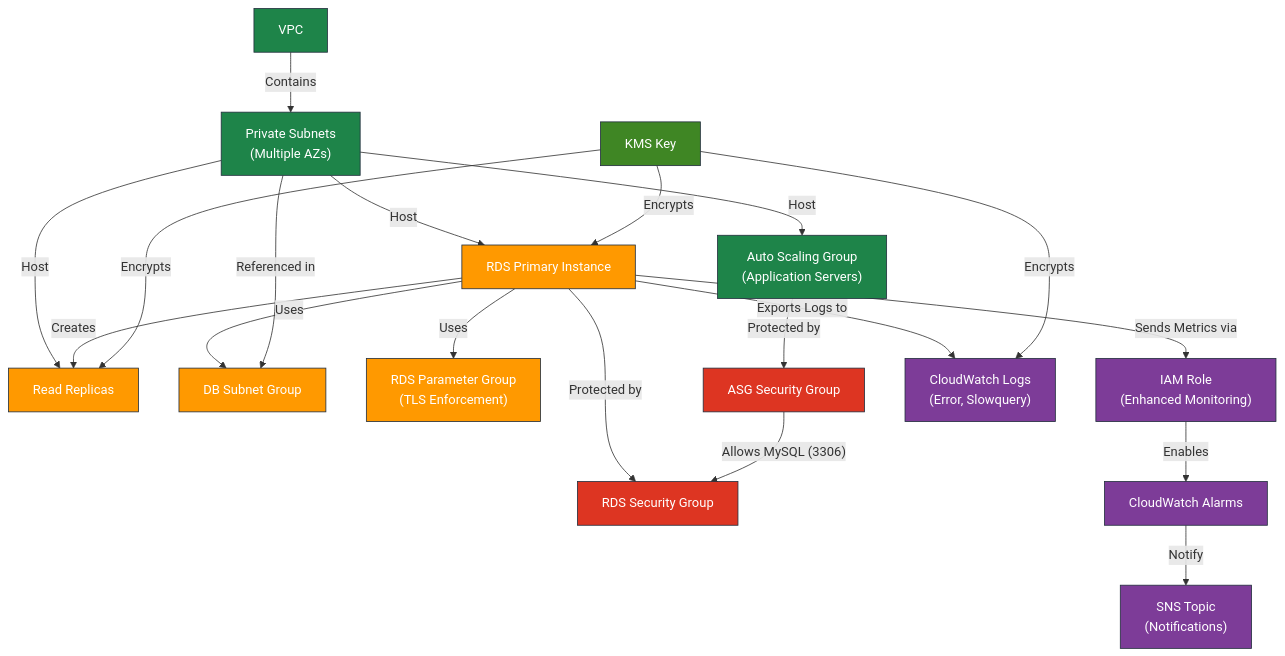
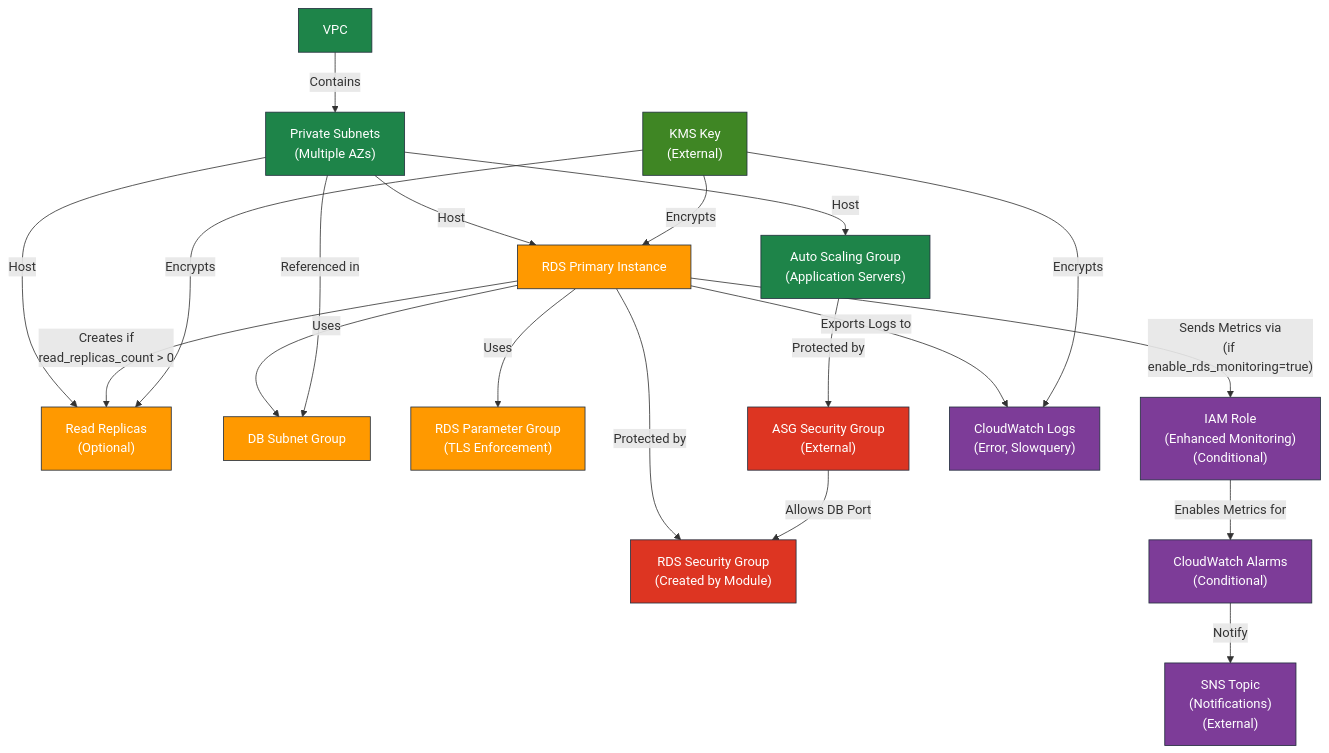
The diagram in terraform/modules/rds/README.md (hetmanskyi-cloud/AWS), drawn with Mermaid before and after one commit. The commit also changed other lines of this file and 34 other files, not shown here.

````diff
--- a/terraform/modules/rds/README.md
+++ b/terraform/modules/rds/README.md
@@ -43,67 +43,67 @@
 ```mermaid
 graph TB
     %% Main RDS Components
     RDS["RDS Primary Instance"]
-    Replicas["Read Replicas"]
+    Replicas["Read Replicas<br>(Optional)"]
     DBSubnetGroup["DB Subnet Group"]
     DBParamGroup["RDS Parameter Group<br>(TLS Enforcement)"]
     
     %% Security Components
-    RDSSG["RDS Security Group"]
-    ASGSG["ASG Security Group"]
+    RDSSG["RDS Security Group<br>(Created by Module)"]
+    ASGSG["ASG Security Group<br>(External)"]
     
     %% Monitoring Components
-    IAMRole["IAM Role<br>(Enhanced Monitoring)"]
+    IAMRole["IAM Role<br>(Enhanced Monitoring)<br>(Conditional)"]
     CWLogs["CloudWatch Logs<br>(Error, Slowquery)"]
-    CWAlarms["CloudWatch Alarms"]
-    SNSTopic["SNS Topic<br>(Notifications)"]
+    CWAlarms["CloudWatch Alarms<br>(Conditional)"]
+    SNSTopic["SNS Topic<br>(Notifications)<br>(External)"]
     
     %% Infrastructure Components
     VPC["VPC"]
     PrivateSubnets["Private Subnets<br>(Multiple AZs)"]
     ASG["Auto Scaling Group<br>(Application Servers)"]
     
     %% Encryption Components
-    KMS["KMS Key"]
+    KMS["KMS Key<br>(External)"]
     
     %% Network Structure
     VPC -->|"Contains"| PrivateSubnets
     PrivateSubnets -->|"Host"| RDS
     PrivateSubnets -->|"Host"| Replicas
     PrivateSubnets -->|"Host"| ASG
     
     %% RDS Configuration
-    RDS -->|"Creates"| Replicas
+    RDS -->|"Creates if<br>read_replicas_count > 0"| Replicas
     RDS -->|"Uses"| DBSubnetGroup
     RDS -->|"Uses"| DBParamGroup
     PrivateSubnets -->|"Referenced in"| DBSubnetGroup
     
     %% Security Configuration
     RDS -->|"Protected by"| RDSSG
     ASG -->|"Protected by"| ASGSG
-    ASGSG -->|"Allows MySQL (3306)"| RDSSG
+    ASGSG -->|"Allows DB Port"| RDSSG
     
     %% Monitoring Configuration
-    RDS -->|"Sends Metrics via"| IAMRole
+    RDS -->|"Sends Metrics via<br>(if enable_rds_monitoring=true)"| IAMRole
     RDS -->|"Exports Logs to"| CWLogs
-    IAMRole -->|"Enables"| CWAlarms
+    IAMRole -->|"Enables Metrics for"| CWAlarms
     CWAlarms -->|"Notify"| SNSTopic
     
     %% Encryption
     KMS -->|"Encrypts"| RDS
     KMS -->|"Encrypts"| Replicas
     KMS -->|"Encrypts"| CWLogs
     
     %% Styling
     classDef primary fill:#FF9900,stroke:#232F3E,color:white
     classDef security fill:#DD3522,stroke:#232F3E,color:white
     classDef monitoring fill:#7D3C98,stroke:#232F3E,color:white
     classDef network fill:#1E8449,stroke:#232F3E,color:white
     classDef encryption fill:#3F8624,stroke:#232F3E,color:white
     
     class RDS,Replicas,DBSubnetGroup,DBParamGroup primary
     class RDSSG,ASGSG security
     class IAMRole,CWLogs,CWAlarms,SNSTopic monitoring
     class VPC,PrivateSubnets,ASG network
     class KMS encryption
 ```
````
